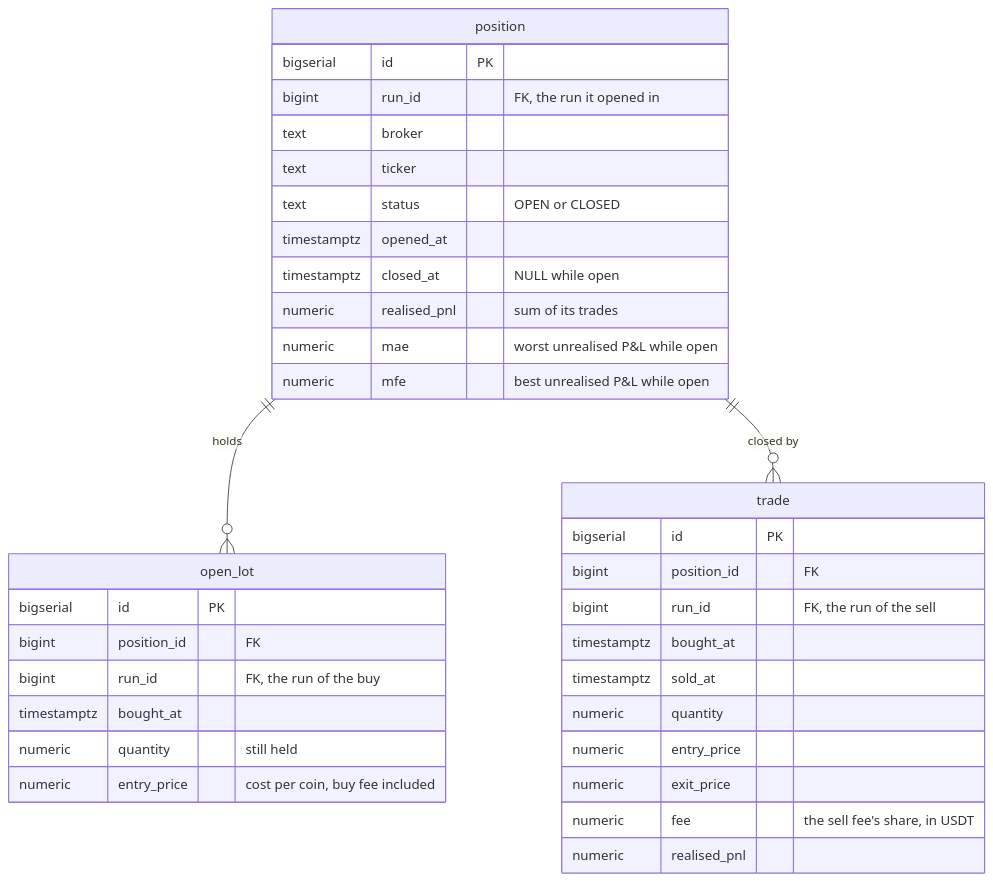
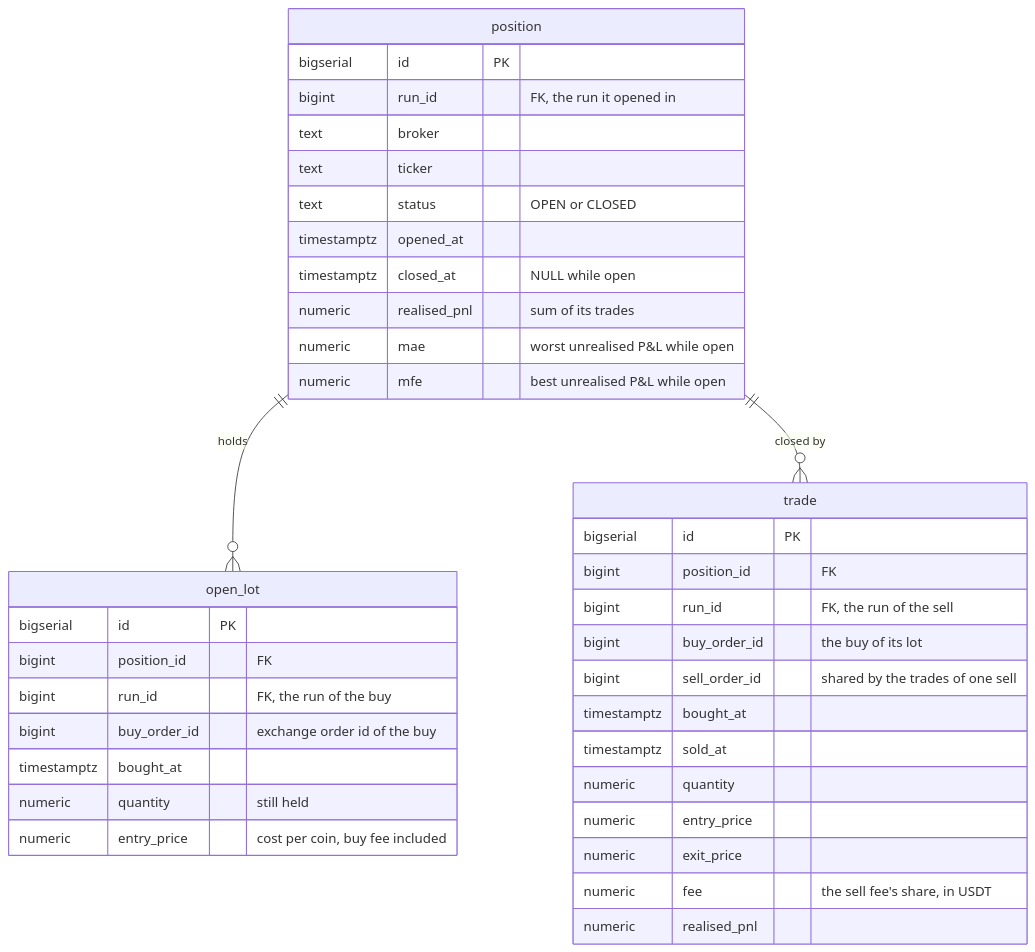
Diagram 17 of 30 in docs/ARCHITECTURE.md (ShadowOfDiablo/t212-coding-task), drawn with Mermaid before and after one commit. The commit also changed other lines of this file and 11 other files, not shown here.

````diff
--- a/docs/ARCHITECTURE.md
+++ b/docs/ARCHITECTURE.md
@@ -640,37 +640,40 @@
 ```mermaid
 erDiagram
     position {
         bigserial id PK
         bigint run_id "FK, the run it opened in"
         text broker
         text ticker
         text status "OPEN or CLOSED"
         timestamptz opened_at
         timestamptz closed_at "NULL while open"
         numeric realised_pnl "sum of its trades"
         numeric mae "worst unrealised P&L while open"
         numeric mfe "best unrealised P&L while open"
     }
     open_lot {
         bigserial id PK
         bigint position_id "FK"
         bigint run_id "FK, the run of the buy"
+        bigint buy_order_id "exchange order id of the buy"
         timestamptz bought_at
         numeric quantity "still held"
         numeric entry_price "cost per coin, buy fee included"
     }
     trade {
         bigserial id PK
         bigint position_id "FK"
         bigint run_id "FK, the run of the sell"
+        bigint buy_order_id "the buy of its lot"
+        bigint sell_order_id "shared by the trades of one sell"
         timestamptz bought_at
         timestamptz sold_at
         numeric quantity
         numeric entry_price
         numeric exit_price
         numeric fee "the sell fee's share, in USDT"
         numeric realised_pnl
     }
     position ||--o{ open_lot : "holds"
     position ||--o{ trade : "closed by"
 ```
````
